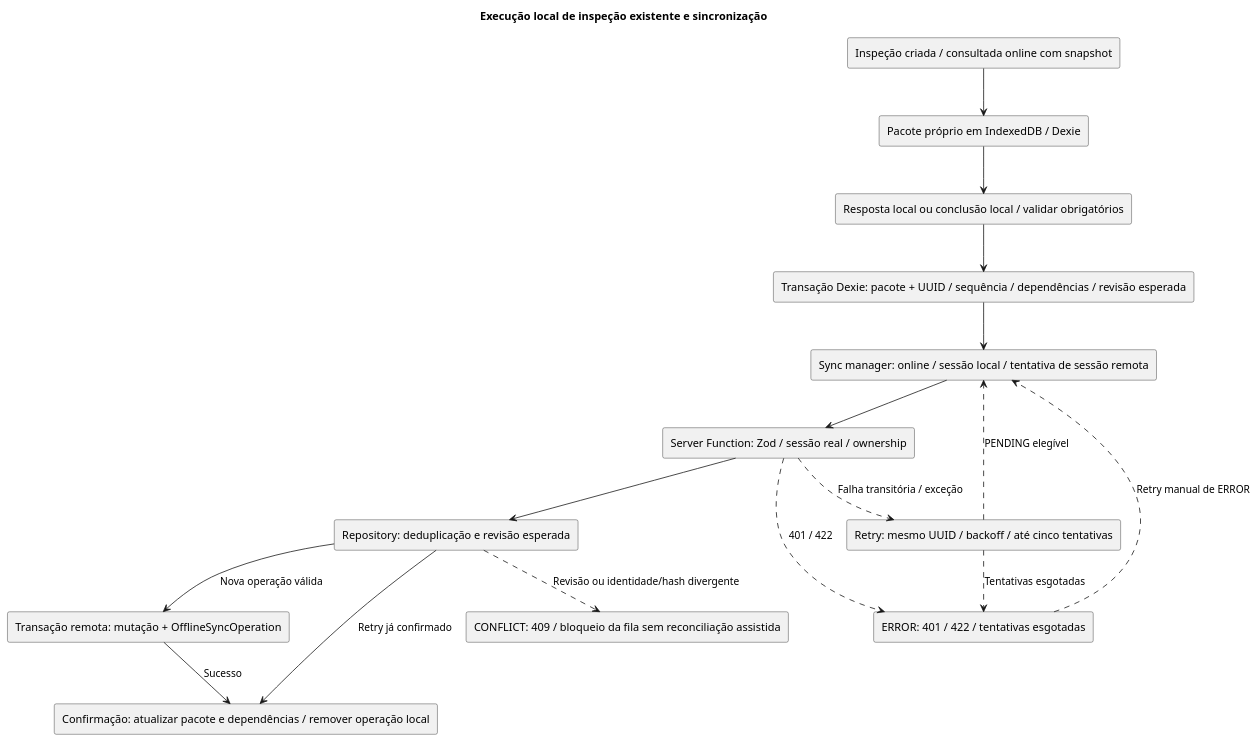
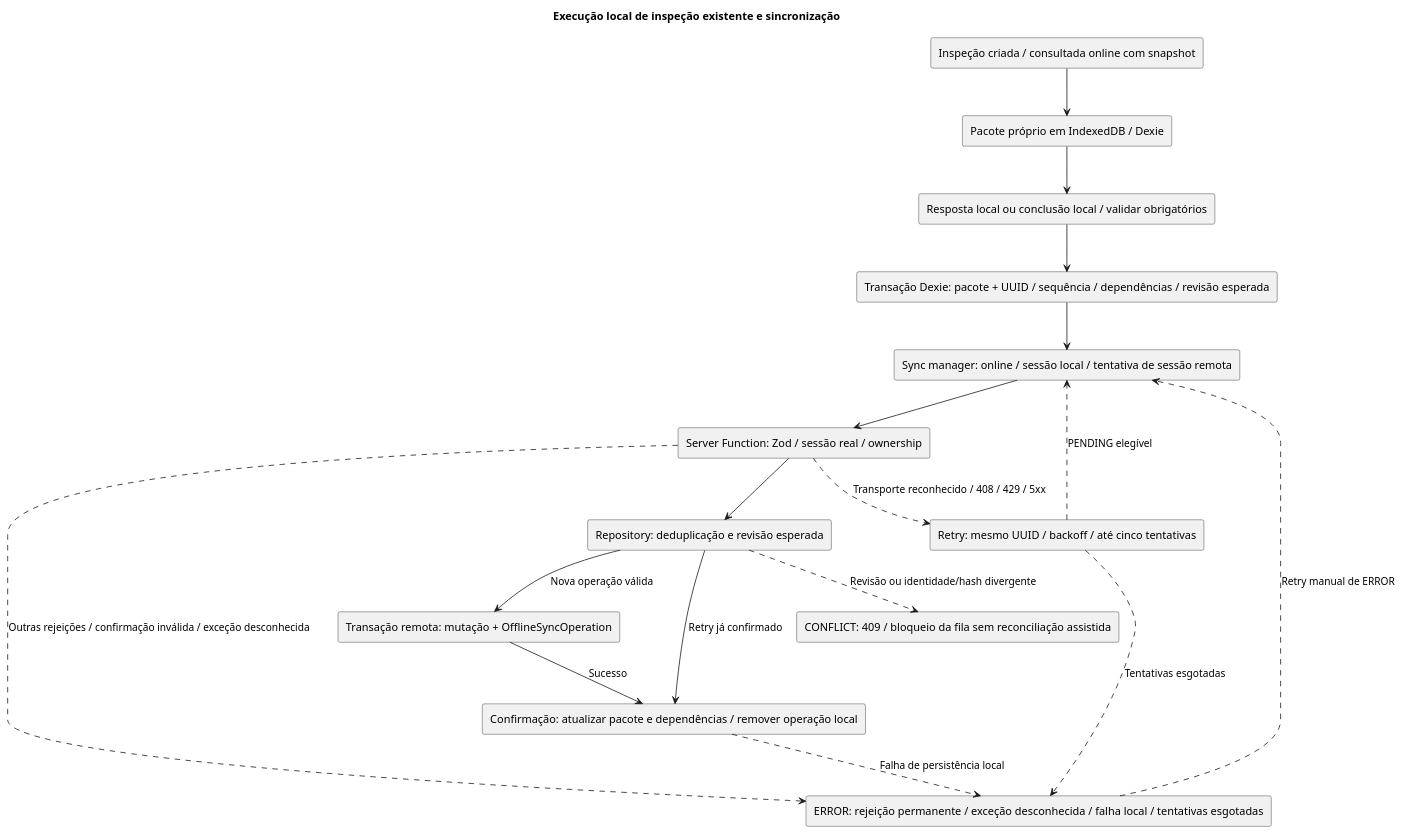
Before and after one commit to PedroVitor237/safe-watch-insight: the diagram in Documentation/diagrams/flows/offline-inspection.puml, drawn with PlantUML. The commit also changed 8 other files, not shown here.

```diff
--- a/Documentation/diagrams/flows/offline-inspection.puml
+++ b/Documentation/diagrams/flows/offline-inspection.puml
@@ -1,31 +1,32 @@
 @startuml
 title Execução local de inspeção existente e sincronização
 top to bottom direction
 rectangle "Inspeção criada / consultada online com snapshot" as O
 rectangle "Pacote próprio em IndexedDB / Dexie" as D
 rectangle "Resposta local ou conclusão local / validar obrigatórios" as L
 rectangle "Transação Dexie: pacote + UUID / sequência / dependências / revisão esperada" as Q
 rectangle "Sync manager: online / sessão local / tentativa de sessão remota" as S
 rectangle "Server Function: Zod / sessão real / ownership" as A
 rectangle "Repository: deduplicação e revisão esperada" as R
 rectangle "Transação remota: mutação + OfflineSyncOperation" as P
 rectangle "Confirmação: atualizar pacote e dependências / remover operação local" as K
 rectangle "Retry: mesmo UUID / backoff / até cinco tentativas" as T
-rectangle "ERROR: 401 / 422 / tentativas esgotadas" as E
+rectangle "ERROR: rejeição permanente / exceção desconhecida / falha local / tentativas esgotadas" as E
 rectangle "CONFLICT: 409 / bloqueio da fila sem reconciliação assistida" as C
 O --> D
 D --> L
 L --> Q
 Q --> S
 S --> A
 A --> R
 R --> P : Nova operação válida
 P --> K : Sucesso
 R --> K : Retry já confirmado
-A ..> T : Falha transitória / exceção
+A ..> T : Transporte reconhecido / 408 / 429 / 5xx
 T ..> S : PENDING elegível
 T ..> E : Tentativas esgotadas
-A ..> E : 401 / 422
+A ..> E : Outras rejeições / confirmação inválida / exceção desconhecida
+K ..> E : Falha de persistência local
 R ..> C : Revisão ou identidade/hash divergente
 E ..> S : Retry manual de ERROR
 @enduml
```
